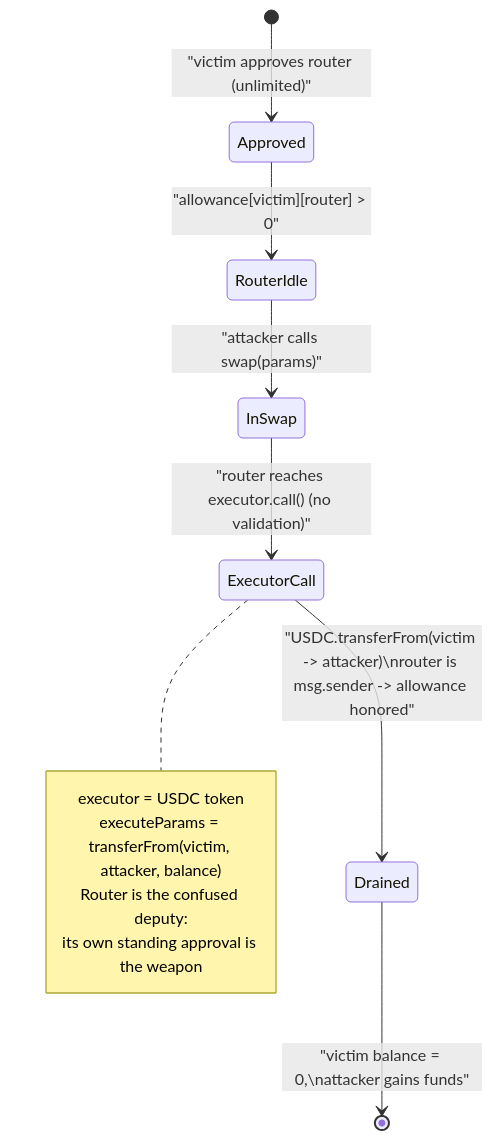
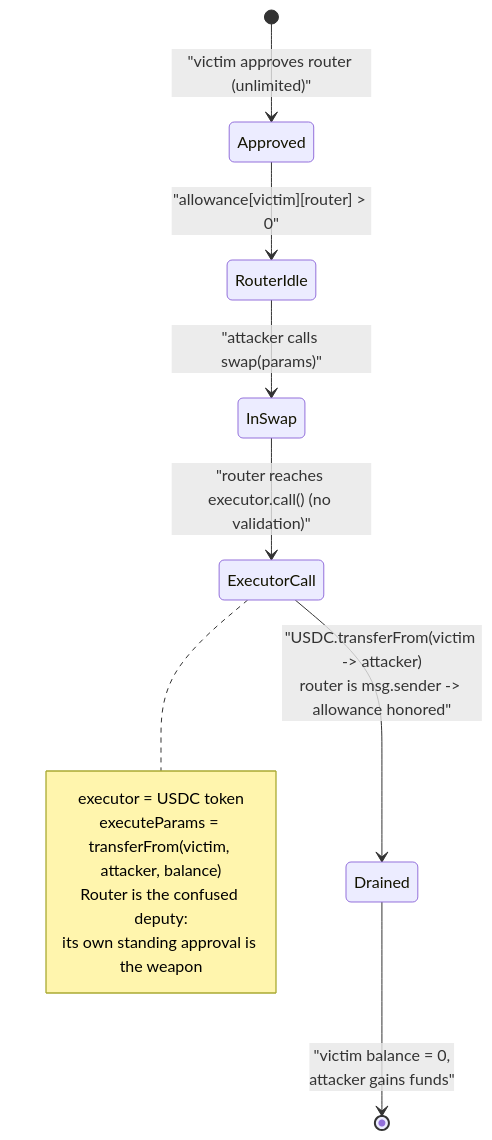
Before and after one commit to sanbir/evm-hack-registry: the third of 3 diagrams in 2025-09-Kame_exp/Kame_exp.md, drawn with Mermaid. The commit also changed 280 other files, not shown here.

Commit message:
mermaid fixes

````diff
--- a/2025-09-Kame_exp/Kame_exp.md
+++ b/2025-09-Kame_exp/Kame_exp.md
@@ -293,17 +293,17 @@
 ```mermaid
 stateDiagram-v2
     [*] --> Approved : "victim approves router (unlimited)"
     Approved --> RouterIdle : "allowance[victim][router] > 0"
 
     RouterIdle --> InSwap : "attacker calls swap(params)"
     InSwap --> ExecutorCall : "router reaches executor.call() (no validation)"
-    ExecutorCall --> Drained : "USDC.transferFrom(victim -> attacker)\nrouter is msg.sender -> allowance honored"
-    Drained --> [*] : "victim balance = 0,\nattacker gains funds"
+    ExecutorCall --> Drained : "USDC.transferFrom(victim -> attacker)<br/>router is msg.sender -> allowance honored"
+    Drained --> [*] : "victim balance = 0,<br/>attacker gains funds"
 
     note right of ExecutorCall
         executor = USDC token
         executeParams = transferFrom(victim, attacker, balance)
         Router is the confused deputy:
         its own standing approval is the weapon
     end note
 ```
````
